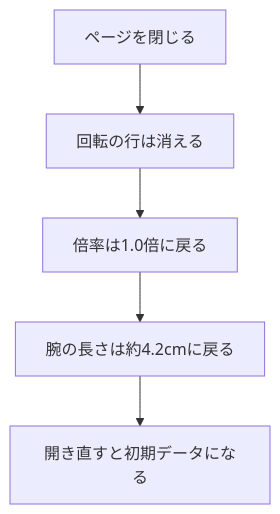
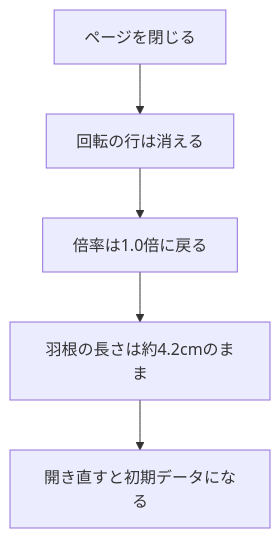
One commit to pfgnsb/hand-spinner changed the second of 2 diagrams in spinner/ドキュメント/データベース設計.md. Above: the diagram before and after it, drawn with Mermaid. The commit also changed other lines of this file and 13 other files, not shown here.

````diff
--- a/spinner/ドキュメント/データベース設計.md
+++ b/spinner/ドキュメント/データベース設計.md
@@ -125,7 +125,7 @@
 ```mermaid
 flowchart TD
   a[ページを閉じる] --> b[回転の行は消える]
   b --> c[倍率は1.0倍に戻る]
-  c --> d[腕の長さは約4.2cmに戻る]
+  c --> d[羽根の長さは約4.2cmのまま]
   d --> e[開き直すと初期データになる]
 ```
````
